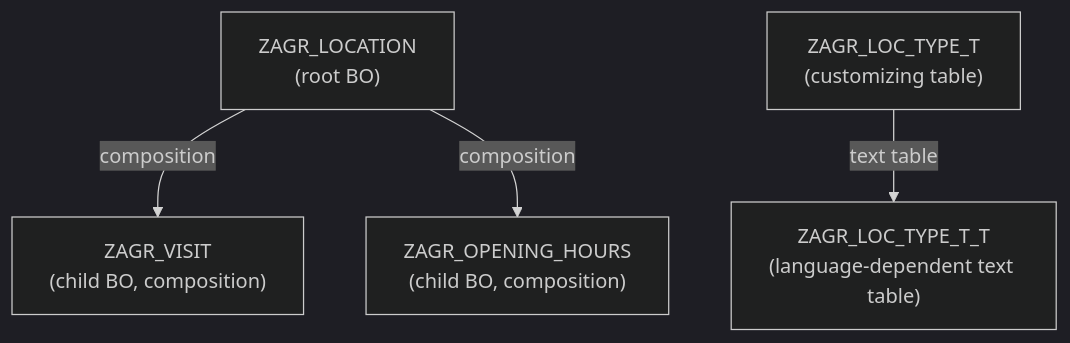
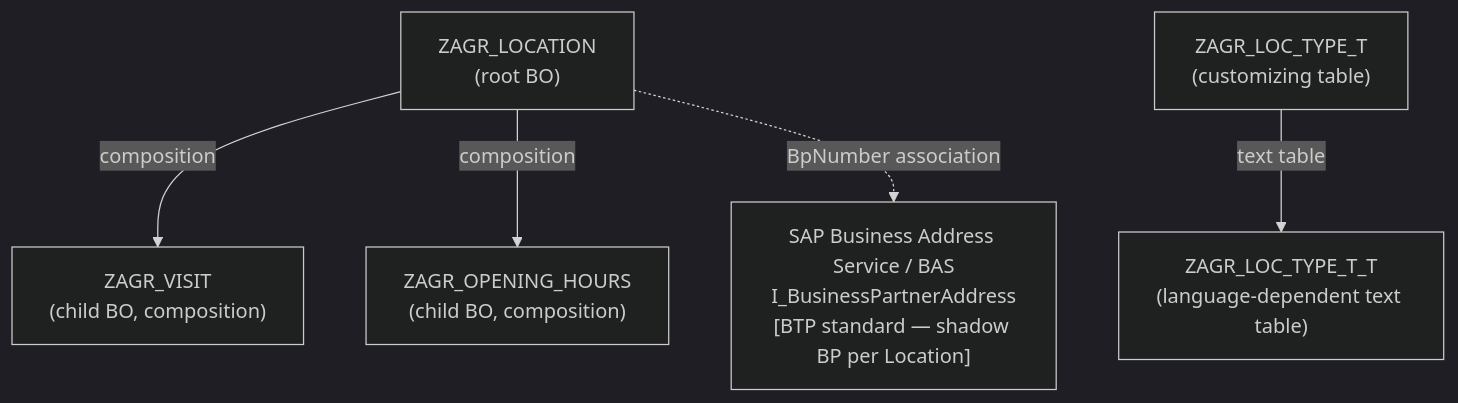
Before and after one commit to Friedmacher/agora: the diagram in DATA_MODEL.md, drawn with Mermaid (dark theme). The commit also changed other lines of this file and 3 other files, not shown here.

Commit message:
Update: Change to Business Address Service

````diff
--- a/DATA_MODEL.md
+++ b/DATA_MODEL.md
@@ -9,12 +9,14 @@
 ```mermaid
 graph TD
     LOC["ZAGR_LOCATION<br/>(root BO)"]
     VIS["ZAGR_VISIT<br/>(child BO, composition)"]
     OPH["ZAGR_OPENING_HOURS<br/>(child BO, composition)"]
     LT["ZAGR_LOC_TYPE_T<br/>(customizing table)"]
     LTT["ZAGR_LOC_TYPE_T_T<br/>(language-dependent text table)"]
+    BAS["SAP Business Address Service / BAS<br/>I_BusinessPartnerAddress<br/>[BTP standard — shadow BP per Location]"]
 
     LOC -->|composition| VIS
     LOC -->|composition| OPH
     LT -->|text table| LTT
+    LOC -.->|BpNumber association| BAS
 ```
````
